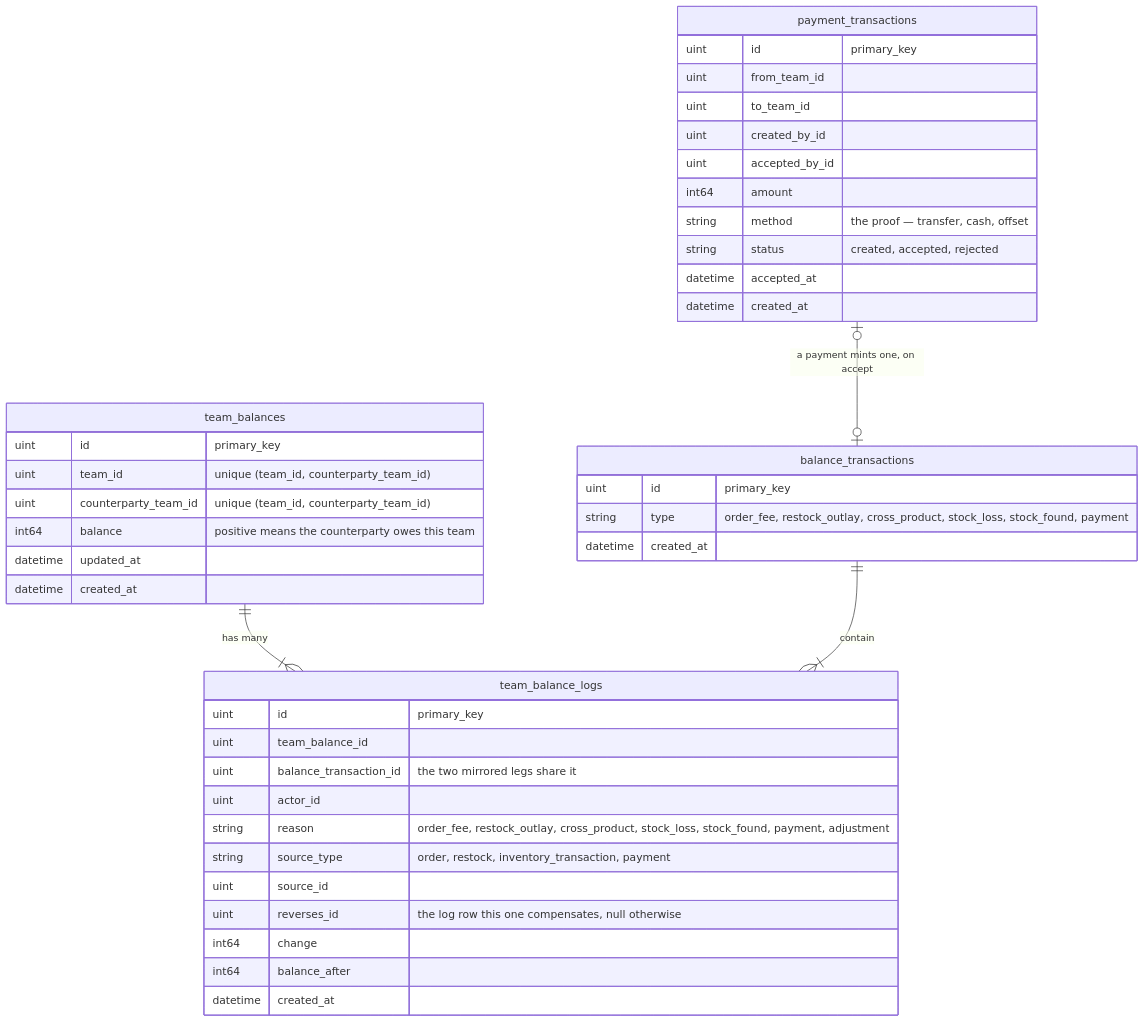
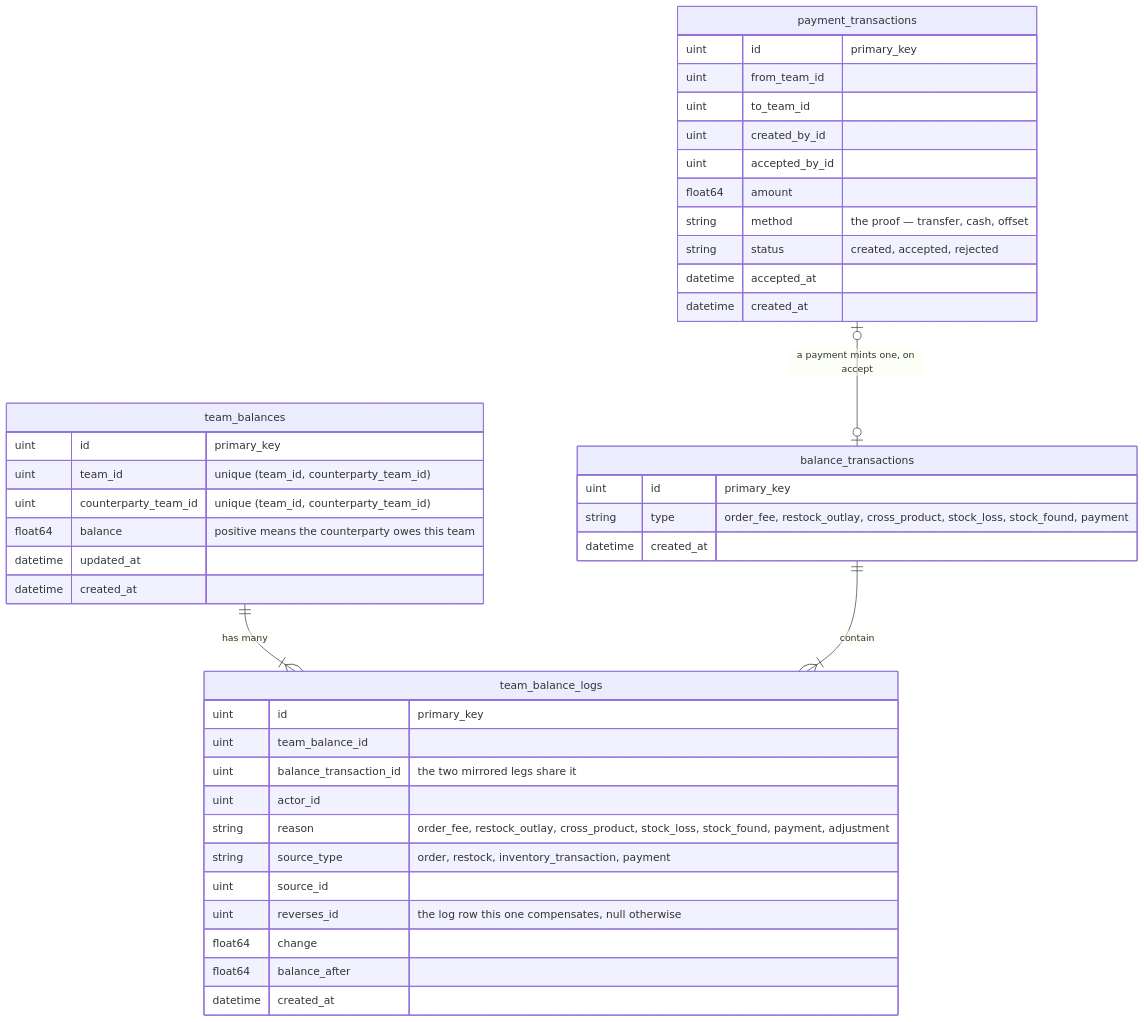
The second of 8 diagrams in docs/technical/balance/team_balance_design_clarify.md (pdcgo/warehouse_revamp), drawn with Mermaid before and after one commit. The commit also changed other lines of this file and 6 other files, not shown here.

````diff
--- a/docs/technical/balance/team_balance_design_clarify.md
+++ b/docs/technical/balance/team_balance_design_clarify.md
@@ -297,48 +297,48 @@
 ```mermaid
 erDiagram
   bal[team_balances] {
     uint id "primary_key"
     uint team_id "unique (team_id, counterparty_team_id)"
     uint counterparty_team_id "unique (team_id, counterparty_team_id)"
-    int64 balance "positive means the counterparty owes this team"
+    float64 balance "positive means the counterparty owes this team"
     datetime updated_at
     datetime created_at
   }
 
   log[team_balance_logs] {
     uint id "primary_key"
     uint team_balance_id
     uint balance_transaction_id "the two mirrored legs share it"
     uint actor_id
     string reason "order_fee, restock_outlay, cross_product, stock_loss, stock_found, payment, adjustment"
     string source_type "order, restock, inventory_transaction, payment"
     uint source_id
     uint reverses_id "the log row this one compensates, null otherwise"
-    int64 change
-    int64 balance_after
+    float64 change
+    float64 balance_after
     datetime created_at
   }
 
   btx[balance_transactions] {
     uint id "primary_key"
     string type "order_fee, restock_outlay, cross_product, stock_loss, stock_found, payment"
     datetime created_at
   }
 
   pay[payment_transactions] {
     uint id "primary_key"
     uint from_team_id
     uint to_team_id
     uint created_by_id
     uint accepted_by_id
-    int64 amount
+    float64 amount
     string method "the proof — transfer, cash, offset"
     string status "created, accepted, rejected"
     datetime accepted_at
     datetime created_at
   }
 
   bal ||--|{ log : "has many"
   btx ||--|{ log : "contain"
   pay |o--o| btx : "a payment mints one, on accept"
 ```
````
